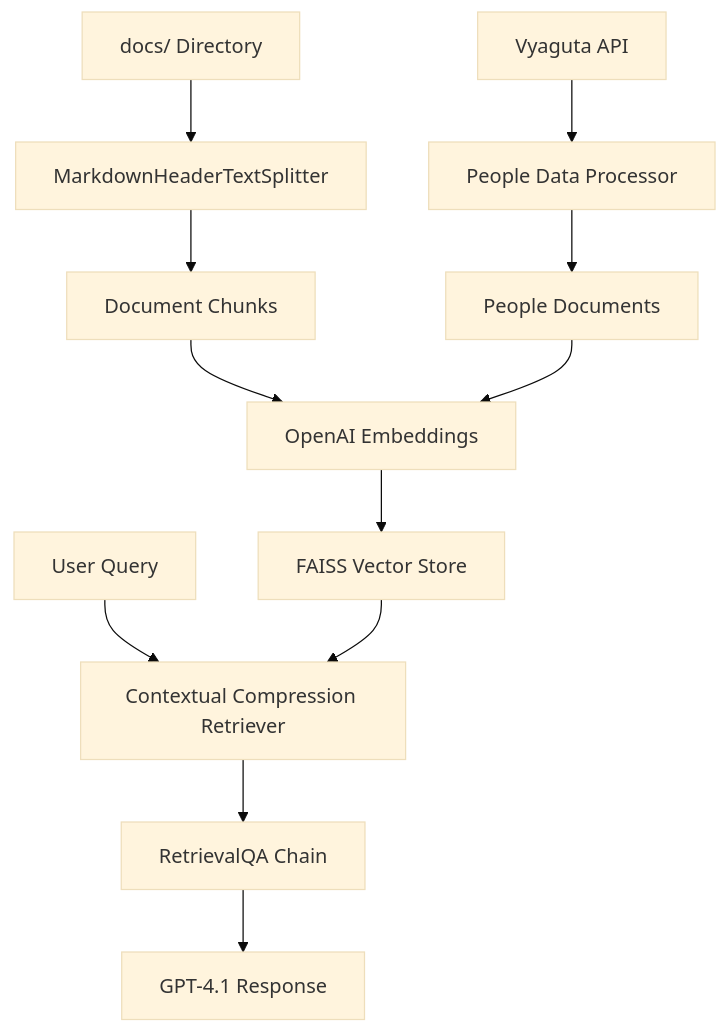
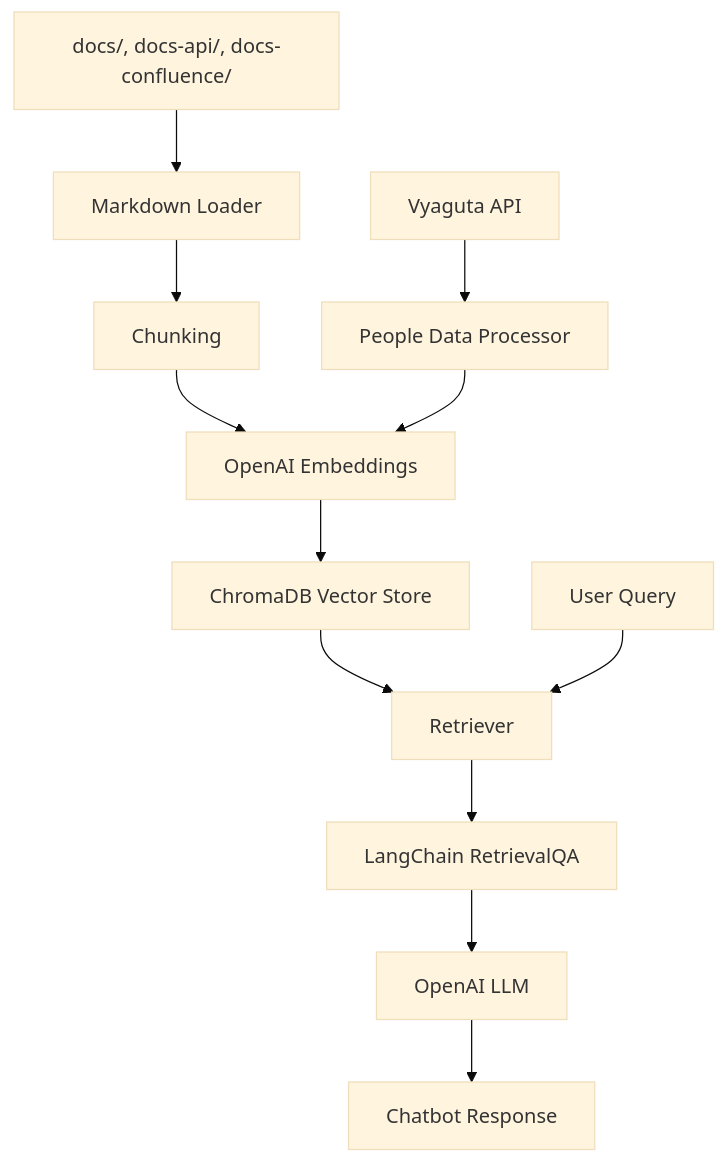
Before and after one commit to purnasth/ai-coe: the first of 2 diagrams in guides/workflow-explanation.md, drawn with Mermaid (base theme). The commit also changed other lines of this file and 2 other files, not shown here.

````diff
--- a/guides/workflow-explanation.md
+++ b/guides/workflow-explanation.md
@@ -171,19 +87,14 @@
 ```mermaid
 flowchart TD
-    A[docs/ Directory] --> B[MarkdownHeaderTextSplitter]
-    C[Vyaguta API] --> D[People Data Processor]
-
-    B --> E[Document Chunks]
-    D --> F[People Documents]
-
-    E --> G[OpenAI Embeddings]
-    F --> G
-
-    G --> H[FAISS Vector Store]
-
-    I[User Query] --> J[Contextual Compression Retriever]
-    H --> J
-
-    J --> K[RetrievalQA Chain]
-    K --> L[GPT-4.1 Response]
+    A[docs/, docs-api/, docs-confluence/] --> B[Markdown Loader]
+    B --> C[Chunking]
+    C --> D[OpenAI Embeddings]
+    D --> E[ChromaDB Vector Store]
+    F[Vyaguta API] --> G[People Data Processor]
+    G --> D
+    E --> H[Retriever]
+    I[User Query] --> H
+    H --> J[LangChain RetrievalQA]
+    J --> K[OpenAI LLM]
+    K --> L[Chatbot Response]
 ```
````
